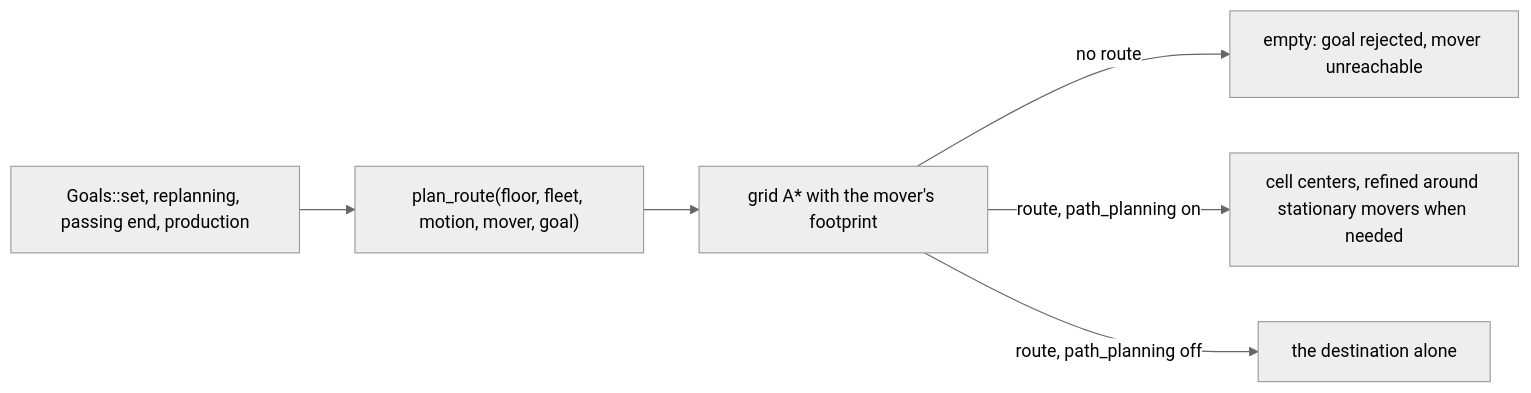
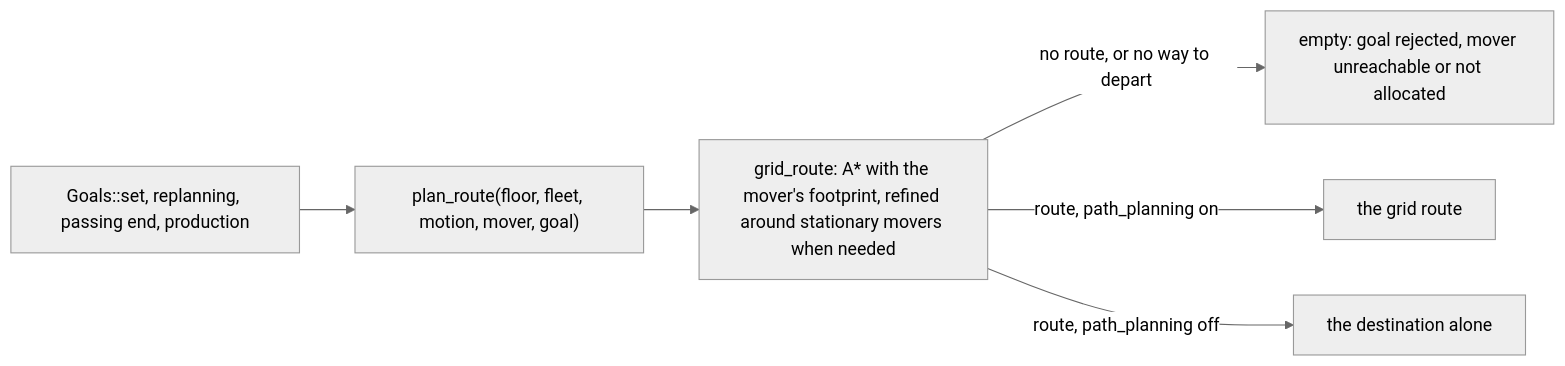
One commit to SMB-M87/Kinetra-Lab changed the diagram in docs/design/2026-11-19-i4sim-h-crossing-motion.md. Above: the diagram before and after it, drawn with Mermaid (neutral theme). The commit also changed other lines of this file and 1 other file, not shown here.

````diff
--- a/docs/design/2026-11-19-i4sim-h-crossing-motion.md
+++ b/docs/design/2026-11-19-i4sim-h-crossing-motion.md
@@ -54,8 +55,8 @@
 ```mermaid
 flowchart LR
     Goal["Goals::set, replanning, passing end, production"] --> Plan["plan_route(floor, fleet, motion, mover, goal)"]
-    Plan --> Grid["grid A* with the mover's footprint"]
-    Grid -->|no route| Empty["empty: goal rejected, mover unreachable"]
-    Grid -->|route, path_planning on| Route["cell centers, refined around stationary movers when needed"]
+    Plan --> Grid["grid_route: A* with the mover's footprint, refined around stationary movers when needed"]
+    Grid -->|"no route, or no way to depart"| Empty["empty: goal rejected, mover unreachable or not allocated"]
+    Grid -->|route, path_planning on| Route["the grid route"]
     Grid -->|route, path_planning off| Direct["the destination alone"]
 ```
````
